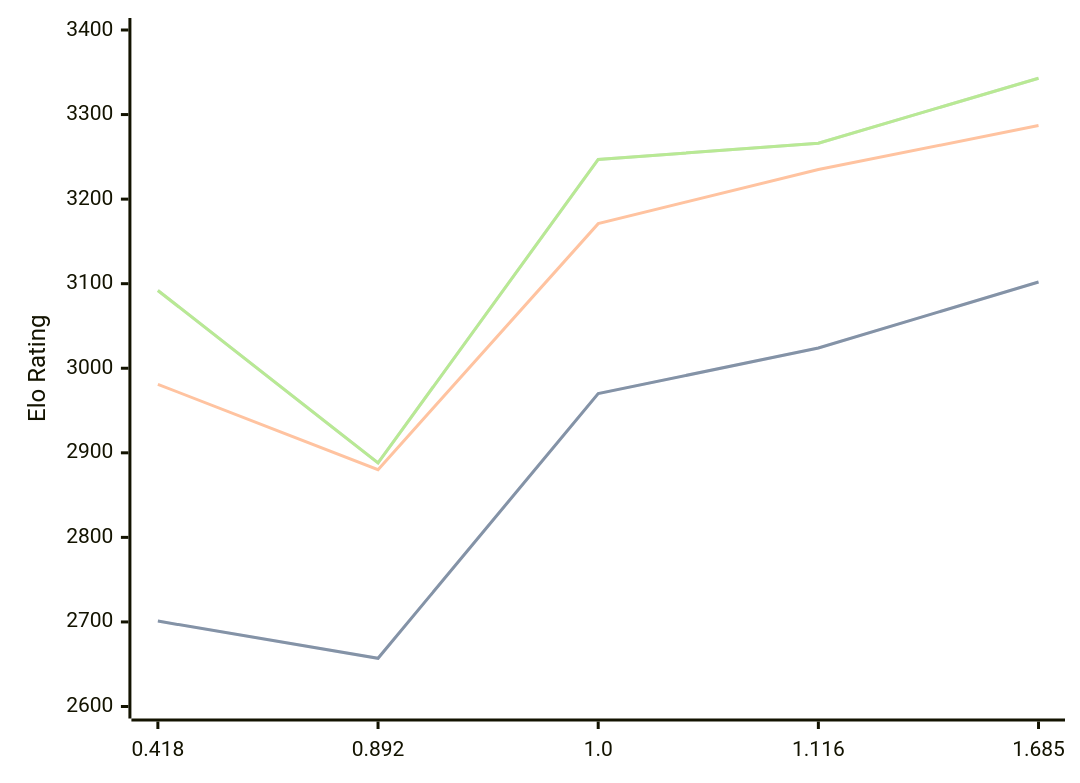
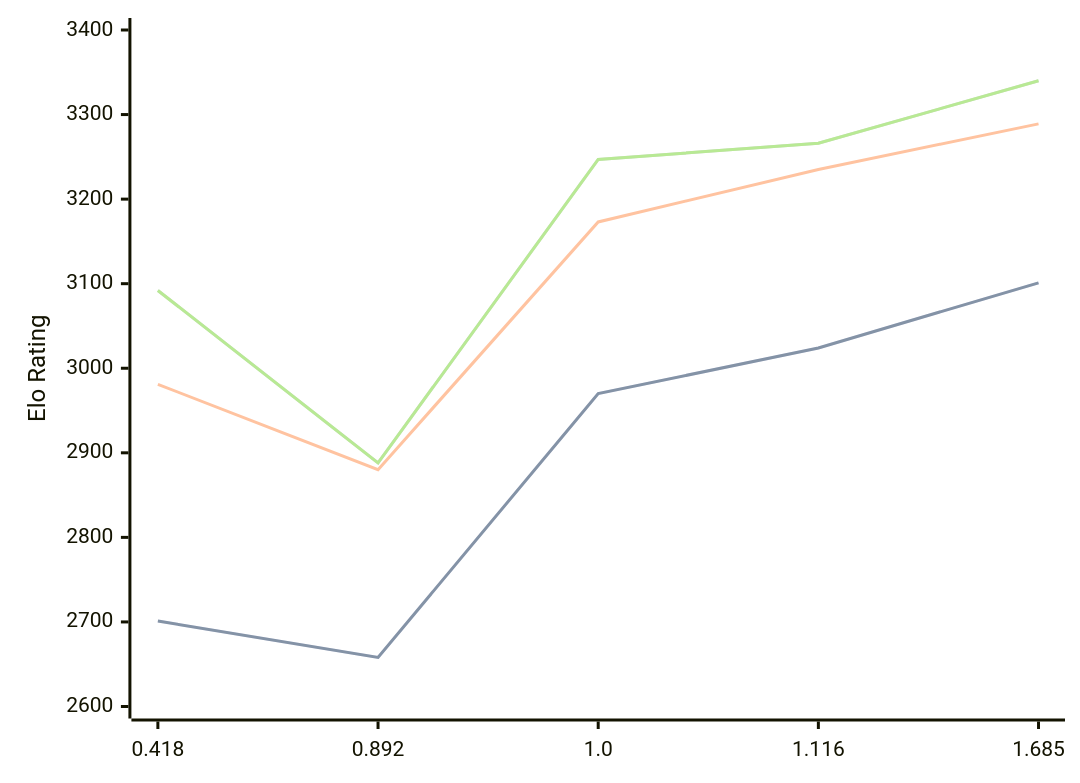
The diagram in engines/Malika.md (computer-chess-index/cci), drawn with Mermaid before and after one commit. The commit also changed other lines of this file, not shown here.

Commit message:
Update CCI Ratings (ELO VLTC) - 2026-07-26

````diff
--- a/engines/Malika.md
+++ b/engines/Malika.md
@@ -35,11 +35,11 @@
 ```mermaid
 %%{init: {"theme":"base","themeVariables":{"seriesColors:['#a3a3a3','#222221','#faa371']}}}%%
 xychart-beta
   x-axis ["0.418", "0.892", "1.0", "1.116", "1.685"]
   y-axis "Elo Rating" 2600 --> 3400
-  line "STC (8.0+0.08s)" [2701, 2657, 2970, 3024, 3102]
-  line "STC (8.0+0.08s)" [2701, 2657, 2970, 3024, 3102]
-  line "LTC (60.0+0.60s)" [2981, 2880, 3171, 3235, 3287]
-  line "VLTC (2m24s+1.12s)" [3092, 2888, 3247, 3266, 3343]
-  line "VLTC (2m24s+1.12s)" [3092, 2888, 3247, 3266, 3343]
+  line "STC (8.0+0.08s)" [2701, 2658, 2970, 3024, 3101]
+  line "STC (8.0+0.08s)" [2701, 2658, 2970, 3024, 3101]
+  line "LTC (60.0+0.60s)" [2981, 2880, 3173, 3235, 3289]
+  line "VLTC (2m24s+1.12s)" [3092, 2888, 3247, 3266, 3340]
+  line "VLTC (2m24s+1.12s)" [3092, 2888, 3247, 3266, 3340]
 ```
````
